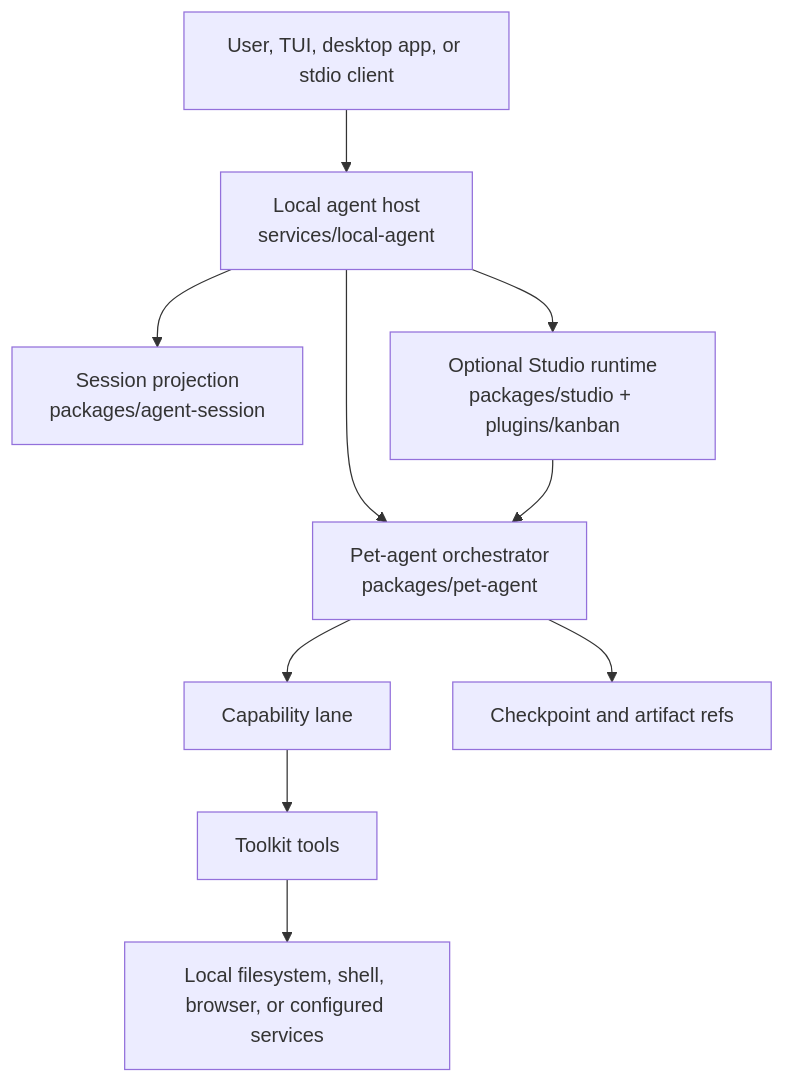
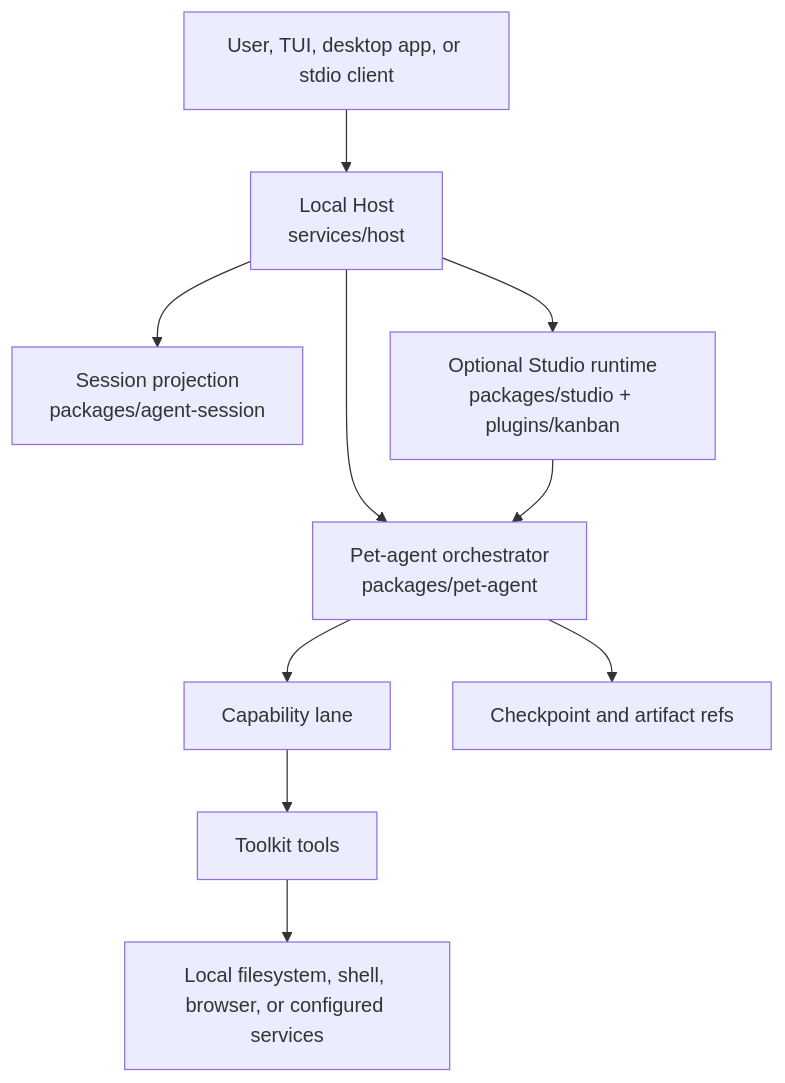
Before and after one commit to pinpawo/pinpawo-agent: the diagram in docs/concepts/architecture.md, drawn with Mermaid. The commit also changed other lines of this file and 472 other files, not shown here.

First line of the commit message:
refactor: services/local-agent 更名为 services/host

````diff
--- a/docs/concepts/architecture.md
+++ b/docs/concepts/architecture.md
@@ -33,12 +33,12 @@
 ```mermaid
 flowchart TB
-  U["User, TUI, desktop app, or stdio client"] --> H["Local agent host\nservices/local-agent"]
+  U["User, TUI, desktop app, or stdio client"] --> H["Local Host\nservices/host"]
   H --> O["Pet-agent orchestrator\npackages/pet-agent"]
   H --> S["Session projection\npackages/agent-session"]
   O --> C["Capability lane"]
   C --> K["Toolkit tools"]
   K --> L["Local filesystem, shell, browser, or configured services"]
   O --> A["Checkpoint and artifact refs"]
   H --> ST["Optional Studio runtime\npackages/studio + plugins/kanban"]
   ST --> O
 ```
````
